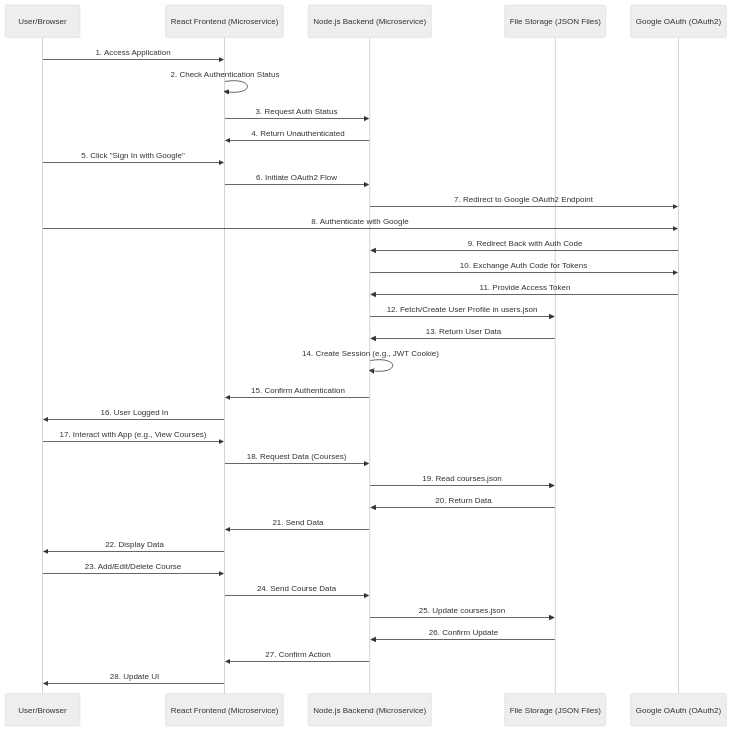
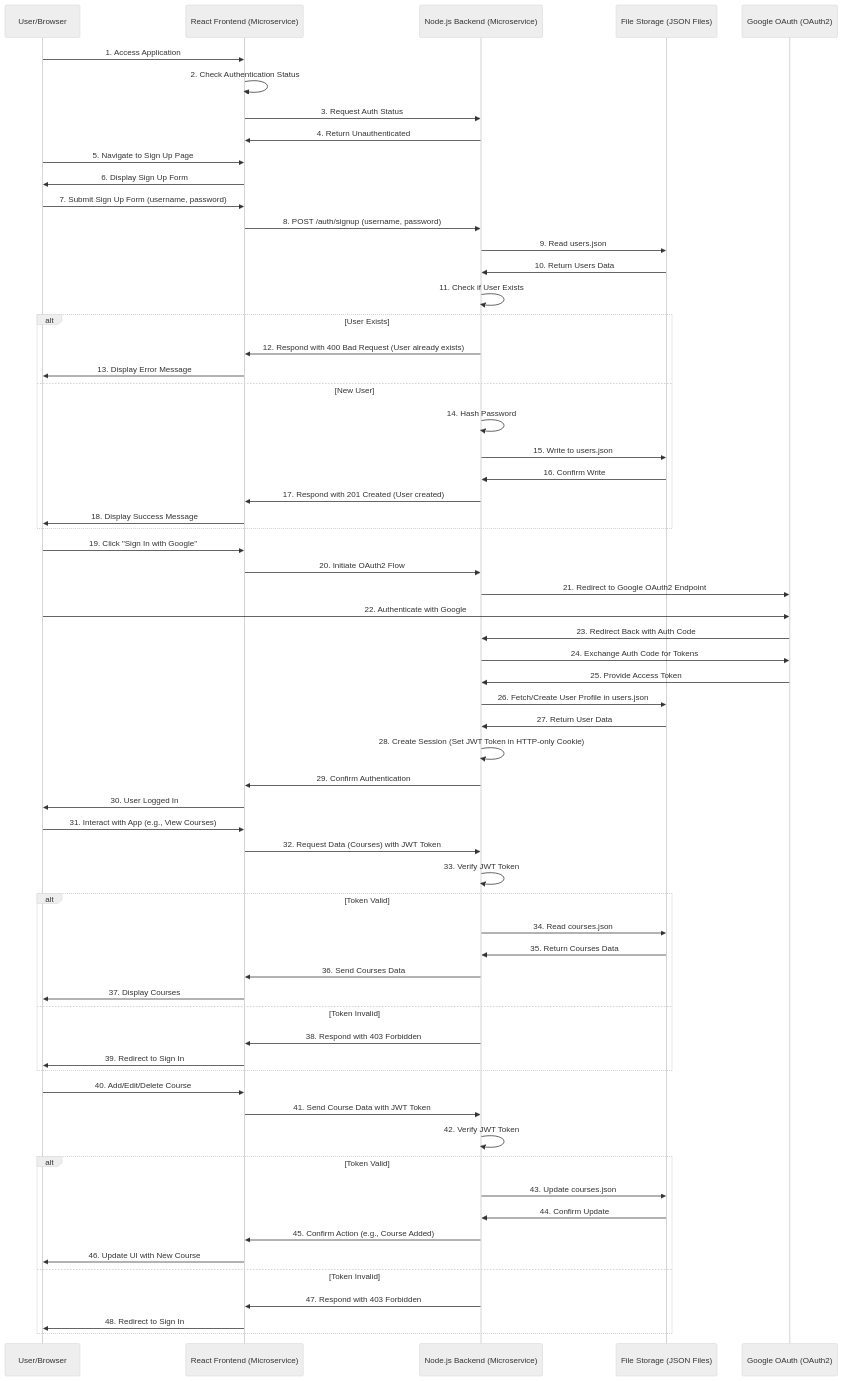
The diagram in Readme.md (KarthikAvinash/Group6Finalproject-cloud), drawn with Mermaid (neutral theme) before and after one commit. The commit also changed other lines of this file and 22 other files, not shown here.

````diff
--- a/Readme.md
+++ b/Readme.md
@@ -76,46 +78,78 @@
 ```mermaid
 sequenceDiagram
     participant U as User/Browser
     participant R as React Frontend (Microservice)
     participant N as Node.js Backend (Microservice)
     participant F as File Storage (JSON Files)
     participant G as Google OAuth (OAuth2)
 
     %% Initial Access & Auth Check
     U->>R: 1. Access Application
     R->>R: 2. Check Authentication Status
     R->>N: 3. Request Auth Status
     N->>R: 4. Return Unauthenticated
 
+    %% User Signup Flow
+    U->>R: 5. Navigate to Sign Up Page
+    R->>U: 6. Display Sign Up Form
+    U->>R: 7. Submit Sign Up Form (username, password)
+    R->>N: 8. POST /auth/signup (username, password)
+    N->>F: 9. Read users.json
+    F->>N: 10. Return Users Data
+    N->>N: 11. Check if User Exists
+    alt User Exists
+        N->>R: 12. Respond with 400 Bad Request (User already exists)
+        R->>U: 13. Display Error Message
+    else New User
+        N->>N: 14. Hash Password
+        N->>F: 15. Write to users.json
+        F->>N: 16. Confirm Write
+        N->>R: 17. Respond with 201 Created (User created)
+        R->>U: 18. Display Success Message
+    end
+
     %% OAuth2 Authentication Flow
-    U->>R: 5. Click "Sign In with Google"
-    R->>N: 6. Initiate OAuth2 Flow
-    N->>G: 7. Redirect to Google OAuth2 Endpoint
-    U->>G: 8. Authenticate with Google
-    G->>N: 9. Redirect Back with Auth Code
-    N->>G: 10. Exchange Auth Code for Tokens
-    G->>N: 11. Provide Access Token
+    U->>R: 19. Click "Sign In with Google"
+    R->>N: 20. Initiate OAuth2 Flow
+    N->>G: 21. Redirect to Google OAuth2 Endpoint
+    U->>G: 22. Authenticate with Google
+    G->>N: 23. Redirect Back with Auth Code
+    N->>G: 24. Exchange Auth Code for Tokens
+    G->>N: 25. Provide Access Token
 
     %% User Profile & Session Creation
-    N->>F: 12. Fetch/Create User Profile in users.json
-    F->>N: 13. Return User Data
-    N->>N: 14. Create Session (e.g., JWT Cookie)
-    N->>R: 15. Confirm Authentication
-    R->>U: 16. User Logged In
+    N->>F: 26. Fetch/Create User Profile in users.json
+    F->>N: 27. Return User Data
+    N->>N: 28. Create Session (Set JWT Token in HTTP-only Cookie)
+    N->>R: 29. Confirm Authentication
+    R->>U: 30. User Logged In
 
     %% Course Data Flow
-    U->>R: 17. Interact with App (e.g., View Courses)
-    R->>N: 18. Request Data (Courses)
-    N->>F: 19. Read courses.json
-    F->>N: 20. Return Data
-    N->>R: 21. Send Data
-    R->>U: 22. Display Data
+    U->>R: 31. Interact with App (e.g., View Courses)
+    R->>N: 32. Request Data (Courses) with JWT Token
+    N->>N: 33. Verify JWT Token
+    alt Token Valid
+        N->>F: 34. Read courses.json
+        F->>N: 35. Return Courses Data
+        N->>R: 36. Send Courses Data
+        R->>U: 37. Display Courses
+    else Token Invalid
+        N->>R: 38. Respond with 403 Forbidden
+        R->>U: 39. Redirect to Sign In
+    end
 
     %% CRUD Operations
-    U->>R: 23. Add/Edit/Delete Course
-    R->>N: 24. Send Course Data
-    N->>F: 25. Update courses.json
-    F->>N: 26. Confirm Update
-    N->>R: 27. Confirm Action
-    R->>U: 28. Update UI
+    U->>R: 40. Add/Edit/Delete Course
+    R->>N: 41. Send Course Data with JWT Token
+    N->>N: 42. Verify JWT Token
+    alt Token Valid
+        N->>F: 43. Update courses.json
+        F->>N: 44. Confirm Update
+        N->>R: 45. Confirm Action (e.g., Course Added)
+        R->>U: 46. Update UI with New Course
+    else Token Invalid
+        N->>R: 47. Respond with 403 Forbidden
+        R->>U: 48. Redirect to Sign In
+    end
+
 ```
````
